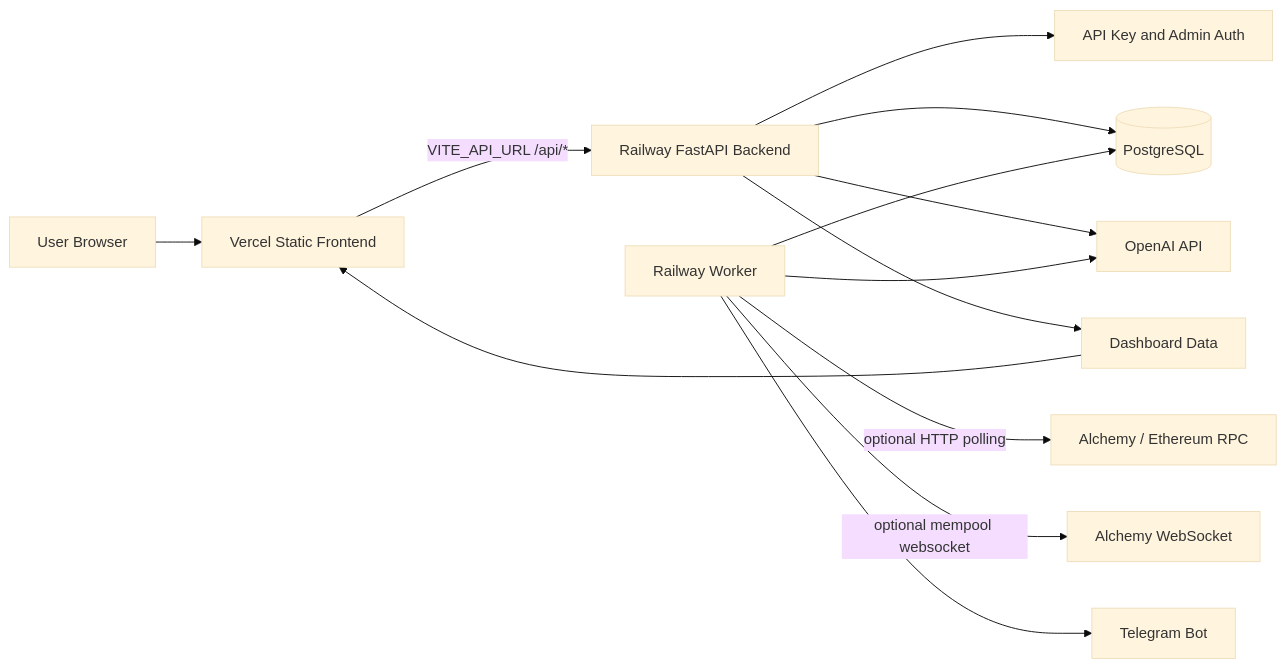
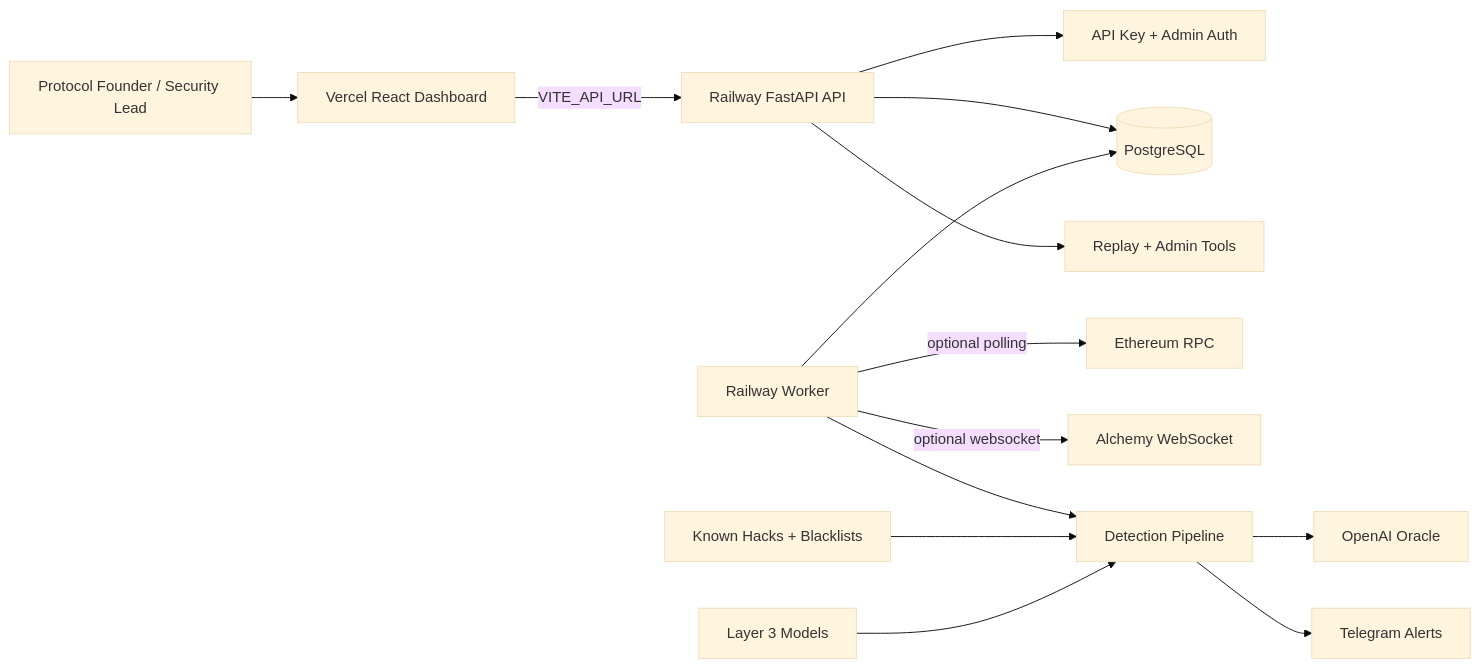
Before and after one commit to hasansazly/Talosly-startup: the first of 6 diagrams in README.md, drawn with Mermaid (base theme). The commit also changed other lines of this file, not shown here.

````diff
--- a/README.md
+++ b/README.md
@@ -49,17 +66,18 @@
 ```mermaid
 flowchart LR
-  User[User Browser] --> Vercel[Vercel Static Frontend]
-  Vercel -->|VITE_API_URL /api/*| API[Railway FastAPI Backend]
-  API --> Auth[API Key and Admin Auth]
+  Founder[Protocol Founder / Security Lead] --> UI[Vercel React Dashboard]
+  UI -->|VITE_API_URL| API[Railway FastAPI API]
+  API --> Auth[API Key + Admin Auth]
   API --> DB[(PostgreSQL)]
-  API --> OpenAI[OpenAI API]
+  API --> Replay[Replay + Admin Tools]
 
   Worker[Railway Worker] --> DB
-  Worker -->|optional HTTP polling| RPC[Alchemy / Ethereum RPC]
-  Worker -->|optional mempool websocket| WS[Alchemy WebSocket]
-  Worker --> OpenAI
-  Worker --> Telegram[Telegram Bot]
+  Worker -->|optional polling| RPC[Ethereum RPC]
+  Worker -->|optional websocket| WSS[Alchemy WebSocket]
+  Worker --> Pipeline[Detection Pipeline]
+  Pipeline --> OpenAI[OpenAI Oracle]
+  Pipeline --> Telegram[Telegram Alerts]
 
-  API --> Dashboard[Dashboard Data]
-  Dashboard --> Vercel
+  Data[Known Hacks + Blacklists] --> Pipeline
+  Models[Layer 3 Models] --> Pipeline
 ```
````
